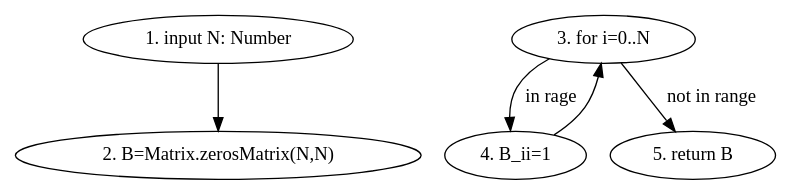
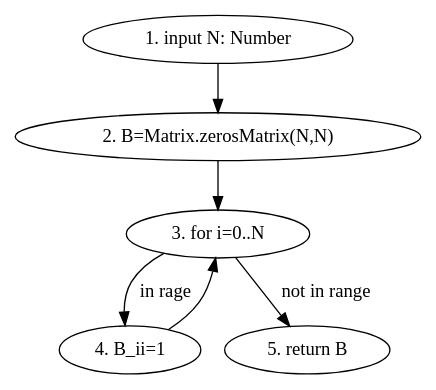
The diagram in test_graphs/scripts/matrix/eye.dot (drakexcaptainop/p5t), drawn with Graphviz before and after one commit. The commit also changed 2 other files, not shown here.

```diff
--- a/test_graphs/scripts/matrix/eye.dot
+++ b/test_graphs/scripts/matrix/eye.dot
@@ -1,12 +1,13 @@
 digraph G {
    INP [label="1. input N: Number"]
    SET1 [label="2. B=Matrix.zerosMatrix(N,N)"]
    FOR [label="3. for i=0..N"]
    SET2 [label="4. B_ii=1"]
    RET [label="5. return B"]
    
    INP -> SET1
+   SET1 -> FOR
    FOR -> SET2 [label="in rage"]
    FOR -> RET  [label="not in range"]
    SET2 -> FOR 
 }
```
